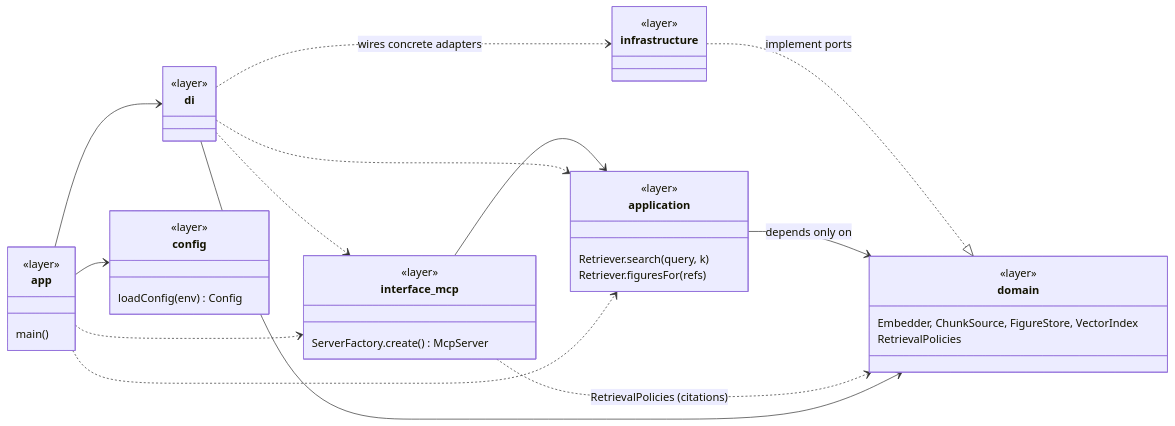
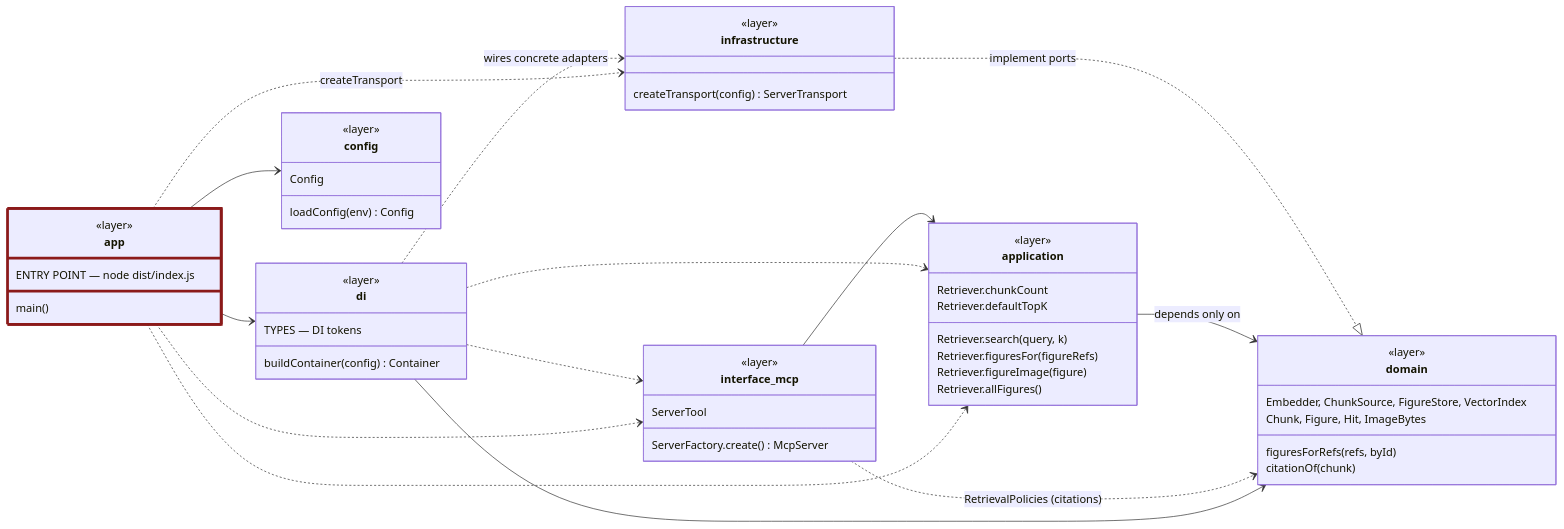
Diagram 11 of 19 in docs/architecture/system-class-diagram.md (SzatanKluska/MCPSWEBOK), drawn with Mermaid before and after one commit. The commit also changed other lines of this file and 2 other files, not shown here.

Commit message:
update system-class-diagram

````diff
--- a/docs/architecture/system-class-diagram.md
+++ b/docs/architecture/system-class-diagram.md
@@ -317,37 +451,53 @@
 ```mermaid
 classDiagram
   direction LR
 
   class domain { <<layer>>
     Embedder, ChunkSource, FigureStore, VectorIndex
-    RetrievalPolicies
+    Chunk, Figure, Hit, ImageBytes
+    figuresForRefs(refs, byId)
+    citationOf(chunk)
   }
   class application { <<layer>>
     Retriever.search(query, k)
-    Retriever.figuresFor(refs)
+    Retriever.figuresFor(figureRefs)
+    Retriever.figureImage(figure)
+    Retriever.allFigures()
+    Retriever.chunkCount
+    Retriever.defaultTopK
   }
-  class infrastructure { <<layer>> }
+  class infrastructure { <<layer>>
+    createTransport(config) ServerTransport
+  }
   class interface_mcp { <<layer>>
     ServerFactory.create() McpServer
+    ServerTool
   }
-  class di { <<layer>> }
+  class di { <<layer>>
+    buildContainer(config) Container
+    TYPES — DI tokens
+  }
   class config { <<layer>>
     loadConfig(env) Config
+    Config
   }
   class app { <<layer>>
+    ENTRY POINT — node dist/index.js
     main()
   }
 
   infrastructure ..|> domain : implement ports
   application --> domain : depends only on
   interface_mcp --> application
   interface_mcp ..> domain : RetrievalPolicies (citations)
   di ..> infrastructure : wires concrete adapters
   di ..> application
   di ..> interface_mcp
   di --> domain
   app --> di
   app --> config
   app ..> application
   app ..> interface_mcp
+  app ..> infrastructure : createTransport
+  style app stroke:#8B1A1A,stroke-width:4px
 ```
````
